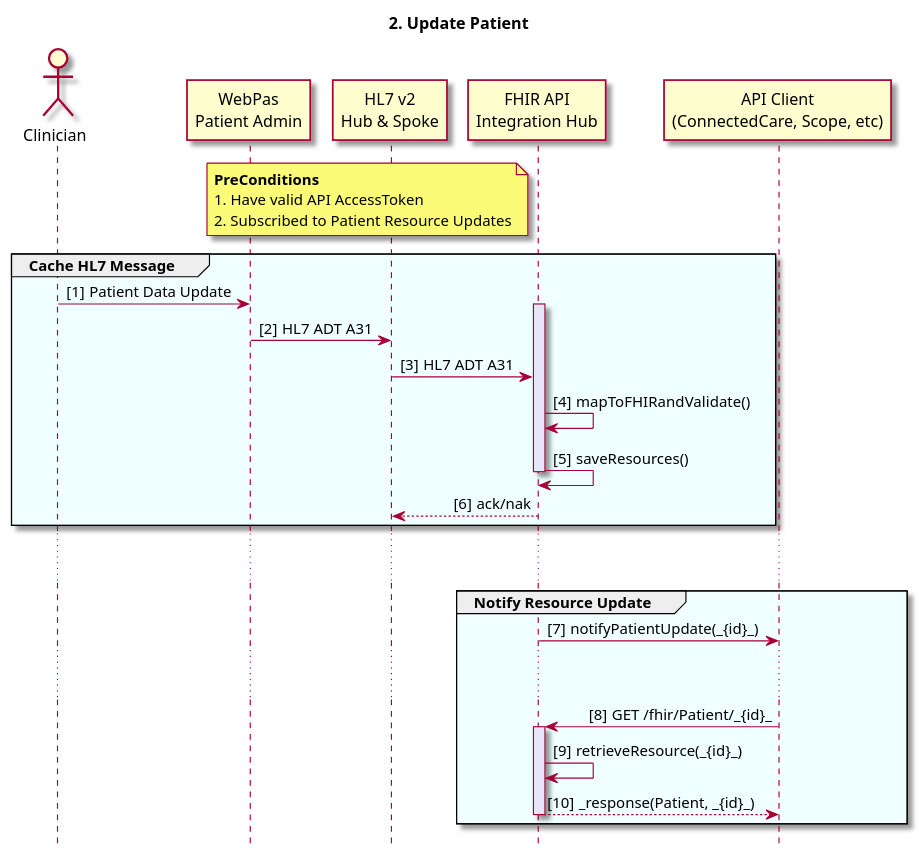
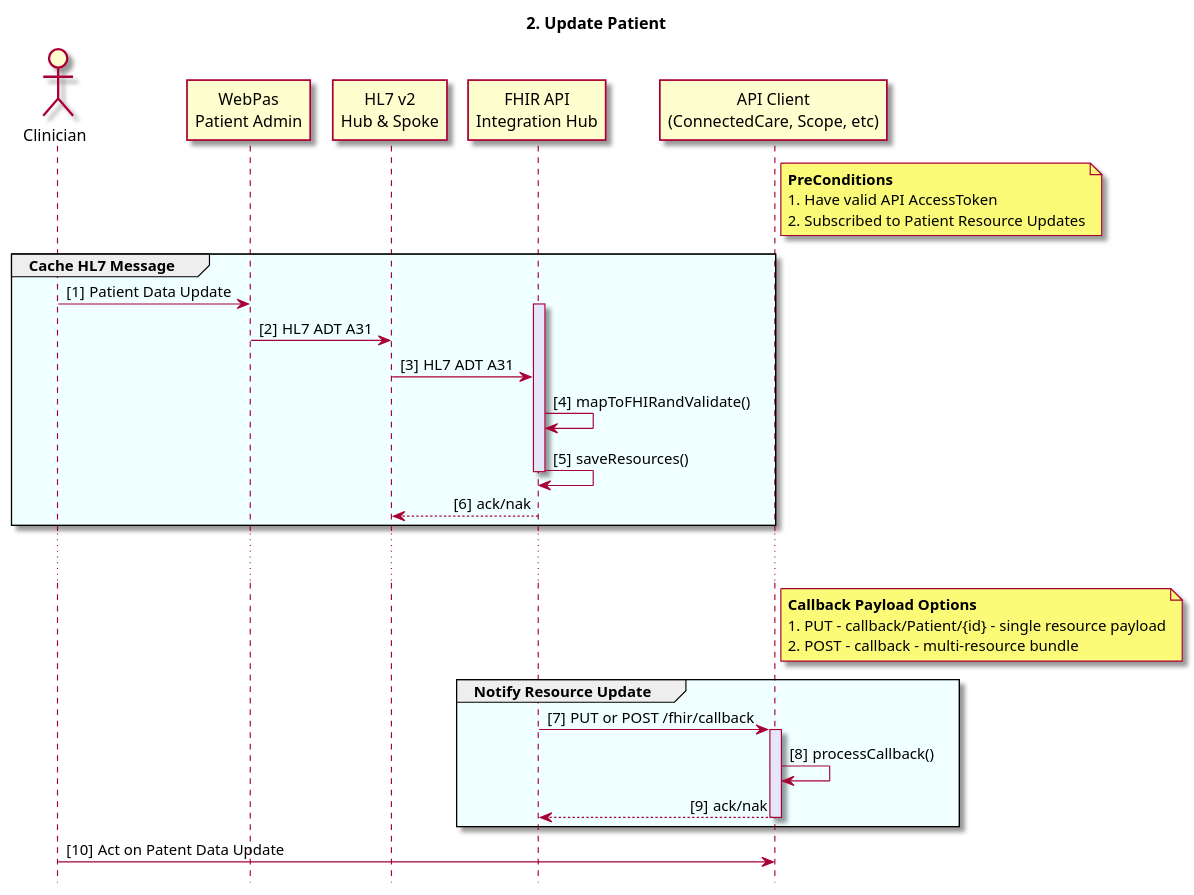
Before and after one commit to tewhatuora/centralRegion-integrationHub-ig: the diagram in input/images-source/useCaseUpdatePatient.plantuml, drawn with PlantUML. The commit also changed 6 other files, not shown here.

```diff
--- a/input/images-source/useCaseUpdatePatient.plantuml
+++ b/input/images-source/useCaseUpdatePatient.plantuml
@@ -1,47 +1,53 @@
 @startuml
 
 skin rose
 autonumber "[#]"
 hide footbox
 skinparam responseMessageBelowArrow true
 skinparam sequenceMessageAlign direction
 skinparam sequenceGroupBorderThickness 1
 
 title 2. Update Patient
 
 actor Clinician
 participant "WebPas\nPatient Admin" as WebPAS
 participant "HL7 v2\nHub & Spoke" as HL7
 participant "FHIR API\nIntegration Hub" as HUB
 participant "API Client\n(ConnectedCare, Scope, etc)" as CLIENT
 
-note left of HUB
+note right of CLIENT
 **PreConditions**
 1. Have valid API AccessToken
 2. Subscribed to Patient Resource Updates
 end note
 
 
 group #azure Cache HL7 Message
   Clinician -> WebPAS: Patient Data Update
   activate HUB #lavender
   WebPAS -> HL7: HL7 ADT A31
   HL7 -> HUB: HL7 ADT A31
   HUB -> HUB: mapToFHIRandValidate()
   HUB -> HUB: saveResources()
   deactivate HUB
   HUB --> HL7: ack/nak
 end
 
 ... ...
 
+note right of CLIENT
+**Callback Payload Options**
+1. PUT - callback/Patient/{id} - single resource payload
+2. POST - callback - multi-resource bundle 
+end note
+
 group #azure Notify Resource Update
-  HUB -> CLIENT: notifyPatientUpdate(_{id}_)
-  ...  ...
-  CLIENT -> HUB: GET /fhir/Patient/_{id}_
-  activate HUB #lavender
-  HUB -> HUB: retrieveResource(_{id}_)
-  return _response(Patient, _{id}_)
+  HUB -> CLIENT: PUT or POST /fhir/callback
+  activate CLIENT #lavender
+  CLIENT -> CLIENT: processCallback()
+  return ack/nak
   deactivate HUB
 end
+
+Clinician -> CLIENT: Act on Patent Data Update
 @enduml
```
